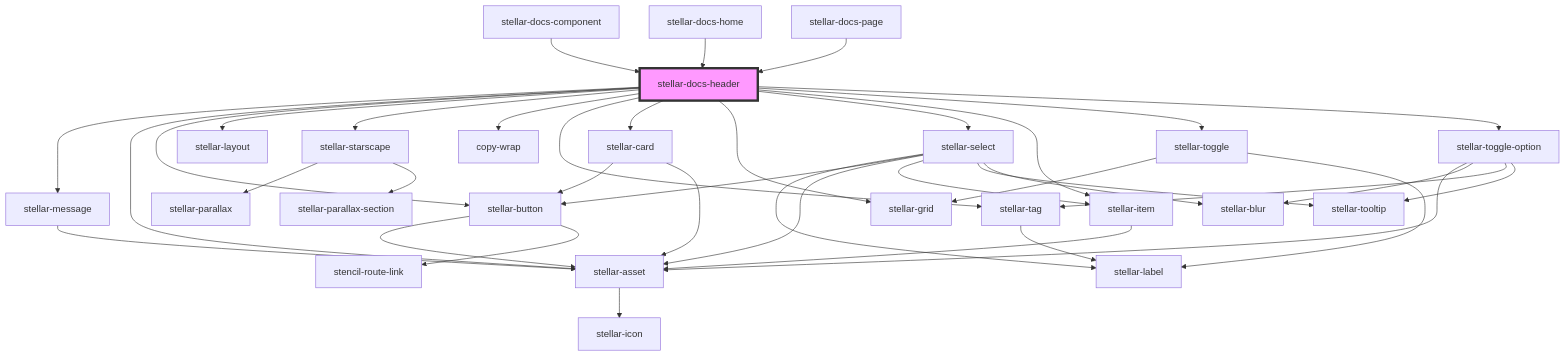
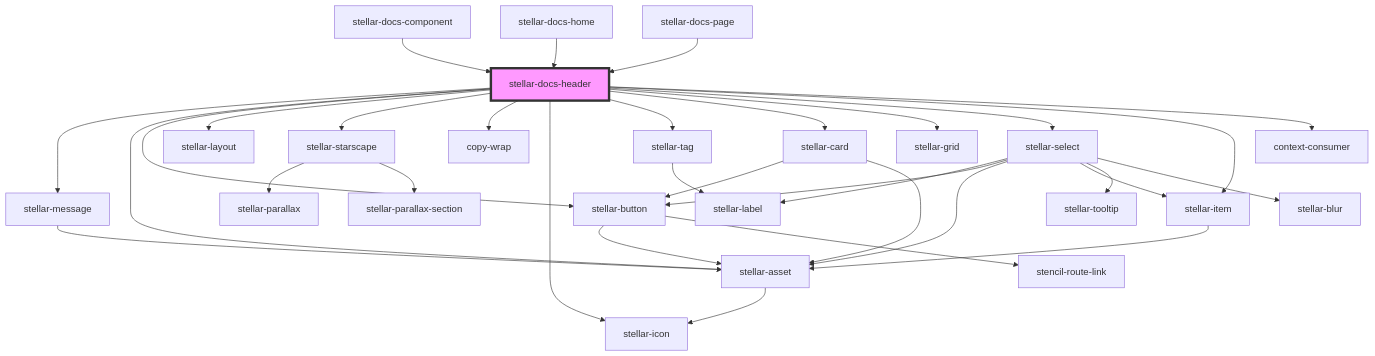
The diagram in src/components/docs/header/readme.md (splitinfinities/Stellar), drawn with Mermaid before and after one commit. The commit also changed other lines of this file and 13 other files, not shown here.

````diff
--- a/src/components/docs/header/readme.md
+++ b/src/components/docs/header/readme.md
@@ -45,42 +46,36 @@
 ```mermaid
 graph TD;
   stellar-docs-header --> stellar-message
   stellar-docs-header --> stellar-asset
   stellar-docs-header --> stellar-button
   stellar-docs-header --> stellar-layout
   stellar-docs-header --> stellar-starscape
   stellar-docs-header --> copy-wrap
+  stellar-docs-header --> stellar-icon
   stellar-docs-header --> stellar-tag
   stellar-docs-header --> stellar-card
   stellar-docs-header --> stellar-grid
   stellar-docs-header --> stellar-select
   stellar-docs-header --> stellar-item
-  stellar-docs-header --> stellar-toggle
-  stellar-docs-header --> stellar-toggle-option
+  stellar-docs-header --> context-consumer
   stellar-message --> stellar-asset
   stellar-asset --> stellar-icon
   stellar-button --> stellar-asset
   stellar-button --> stencil-route-link
   stellar-starscape --> stellar-parallax
   stellar-starscape --> stellar-parallax-section
   stellar-tag --> stellar-label
   stellar-card --> stellar-button
   stellar-card --> stellar-asset
   stellar-select --> stellar-label
   stellar-select --> stellar-button
   stellar-select --> stellar-asset
   stellar-select --> stellar-item
   stellar-select --> stellar-tooltip
   stellar-select --> stellar-blur
   stellar-item --> stellar-asset
-  stellar-toggle --> stellar-grid
-  stellar-toggle --> stellar-label
-  stellar-toggle-option --> stellar-asset
-  stellar-toggle-option --> stellar-blur
-  stellar-toggle-option --> stellar-tag
-  stellar-toggle-option --> stellar-tooltip
   stellar-docs-component --> stellar-docs-header
   stellar-docs-home --> stellar-docs-header
   stellar-docs-page --> stellar-docs-header
   style stellar-docs-header fill:#f9f,stroke:#333,stroke-width:4px
 ```
````
